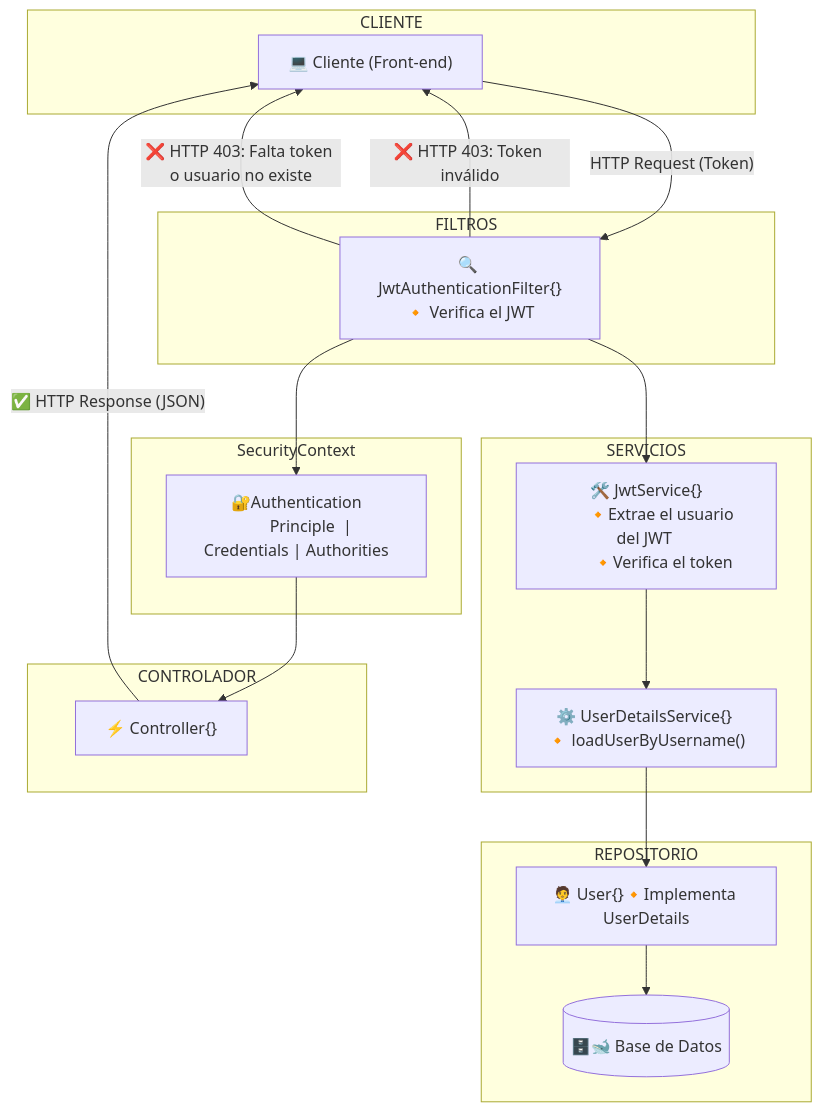
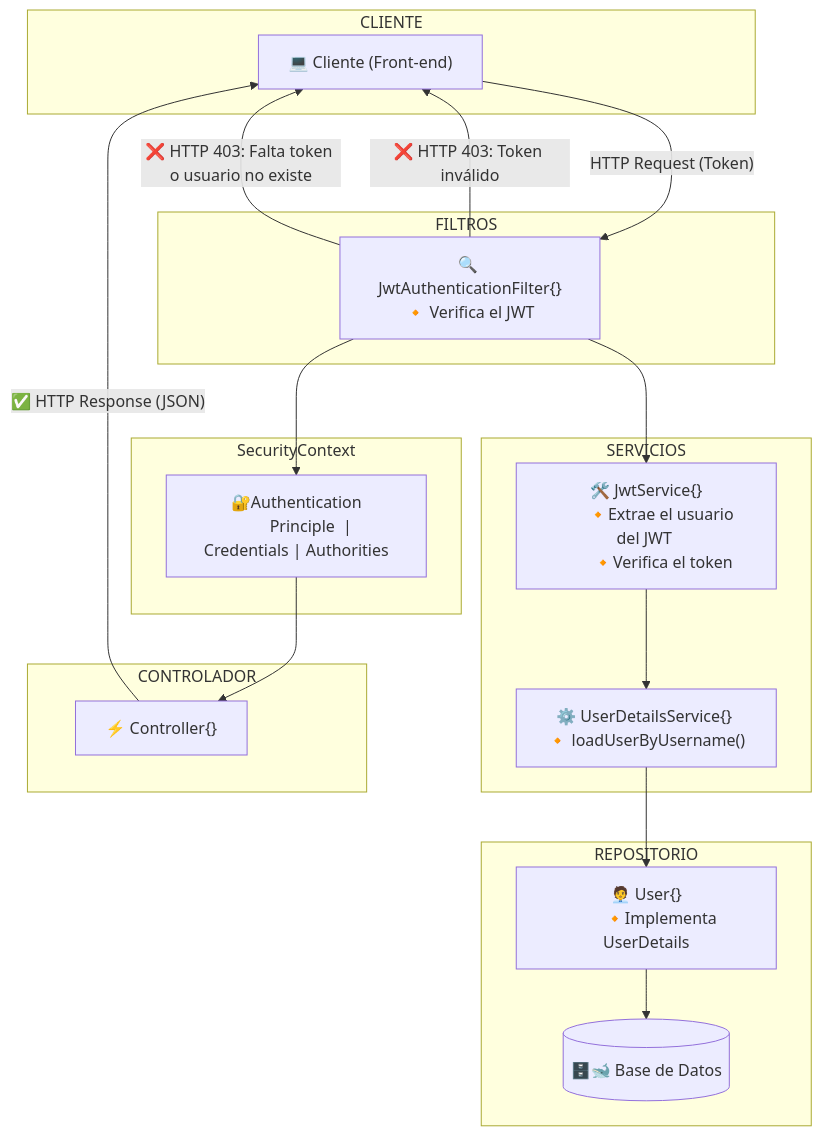
One commit to asobrados03/HotelManagementAPI changed the fourth of 4 diagrams in README.md. Above: the diagram before and after it, drawn with Mermaid. The commit also changed other lines of this file, not shown here.

````diff
--- a/README.md
+++ b/README.md
@@ -140,46 +140,47 @@
 ```mermaid
 graph TD;
     subgraph CLIENTE
         Cliente["💻 Cliente (Front-end)"]
     end
 
     subgraph FILTROS
         JwtFilter["🔍 JwtAuthenticationFilter{}🔸 Verifica el JWT"]
     end
 
     subgraph SERVICIOS
         JwtService["🛠️ JwtService{}
         🔸Extrae el usuario del JWT 
         🔸Verifica el token"]
         UserDetailsService["⚙️ UserDetailsService{} 🔸 loadUserByUsername()"]
     end
 
     subgraph REPOSITORIO
-        User["🧑‍💼 User{}🔸Implementa UserDetails"]
+        User["🧑‍💼 User{}
+        🔸Implementa UserDetails"]
         DB[("🗄️🐋 Base de Datos")]
     end
 
     subgraph SecurityContext
         Authentication["🔐Authentication
         Principle  | Credentials | Authorities"]
     end
 
     subgraph CONTROLADOR
         Controller["⚡ Controller{}"]
     end
 
     %% Flujo del proceso de validación JWT
     Cliente -- "HTTP Request (Token)" --> JwtFilter
     JwtFilter --> JwtService
     JwtService --> UserDetailsService
     UserDetailsService --> User
     User --> DB
 
     JwtFilter --> Authentication
     Authentication --> Controller
     Controller -- "✅ HTTP Response (JSON)" --> Cliente
 
     %% Manejo de errores (403)
     JwtFilter -- "❌ HTTP 403: Token inválido" --> Cliente
     JwtFilter -- "❌ HTTP 403: Falta token o usuario no existe" --> Cliente
 ```
````
